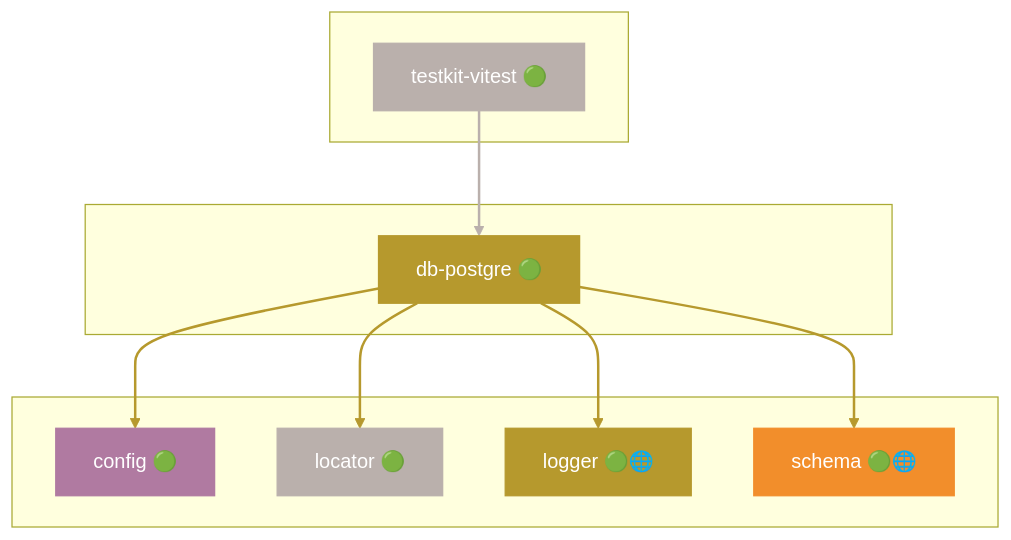
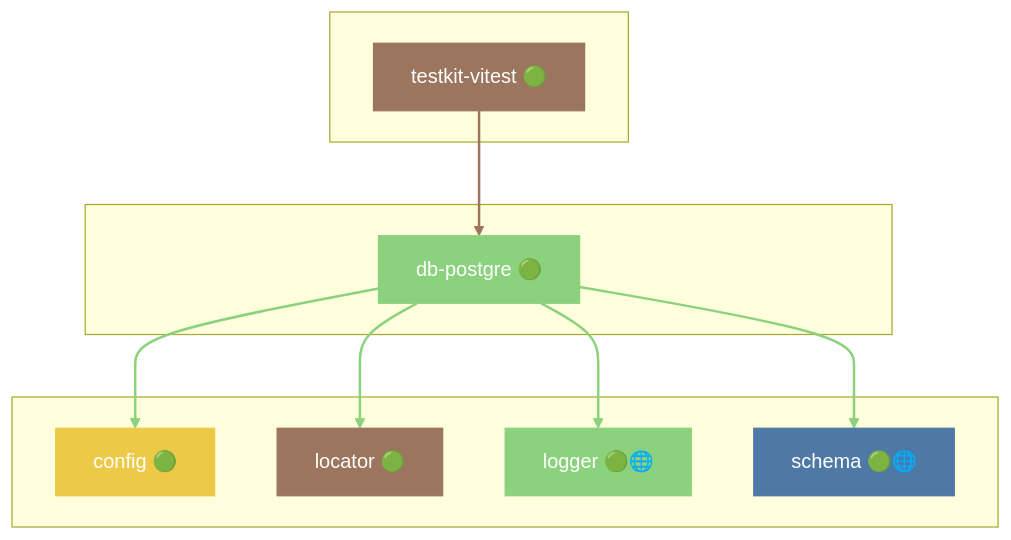
Diagram 13 of 49 in docs/DEPENDENCIES.md (grest-ts/grest-ts), drawn with Mermaid before and after one commit. The commit also changed other lines of this file and 8 other files, not shown here.

````diff
--- a/docs/DEPENDENCIES.md
+++ b/docs/DEPENDENCIES.md
@@ -951,31 +917,31 @@
 ```mermaid
 flowchart TB
     subgraph Dependents[" "]
         testkit-vitest["testkit-vitest 🟢"]
     end
     subgraph Package[" "]
         db-postgre["db-postgre 🟢"]
     end
     subgraph Dependencies[" "]
         config["config 🟢"]
         locator["locator 🟢"]
         logger["logger 🟢🌐"]
         schema["schema 🟢🌐"]
     end
     testkit-vitest --> db-postgre
     db-postgre --> config
     db-postgre --> locator
     db-postgre --> logger
     db-postgre --> schema
-    style db-postgre fill:#B6992D,stroke:#B6992D,color:#fff
-    style testkit-vitest fill:#BAB0AC,stroke:#BAB0AC,color:#fff
-    style config fill:#B07AA1,stroke:#B07AA1,color:#fff
-    style locator fill:#BAB0AC,stroke:#BAB0AC,color:#fff
-    style logger fill:#B6992D,stroke:#B6992D,color:#fff
-    style schema fill:#F28E2B,stroke:#F28E2B,color:#fff
-    linkStyle 0 stroke:#BAB0AC,stroke-width:2px
-    linkStyle 1 stroke:#B6992D,stroke-width:2px
-    linkStyle 2 stroke:#B6992D,stroke-width:2px
-    linkStyle 3 stroke:#B6992D,stroke-width:2px
-    linkStyle 4 stroke:#B6992D,stroke-width:2px
+    style db-postgre fill:#8CD17D,stroke:#8CD17D,color:#fff
+    style testkit-vitest fill:#9C755F,stroke:#9C755F,color:#fff
+    style config fill:#EDC948,stroke:#EDC948,color:#fff
+    style locator fill:#9C755F,stroke:#9C755F,color:#fff
+    style logger fill:#8CD17D,stroke:#8CD17D,color:#fff
+    style schema fill:#4E79A7,stroke:#4E79A7,color:#fff
+    linkStyle 0 stroke:#9C755F,stroke-width:2px
+    linkStyle 1 stroke:#8CD17D,stroke-width:2px
+    linkStyle 2 stroke:#8CD17D,stroke-width:2px
+    linkStyle 3 stroke:#8CD17D,stroke-width:2px
+    linkStyle 4 stroke:#8CD17D,stroke-width:2px
 ```
````
